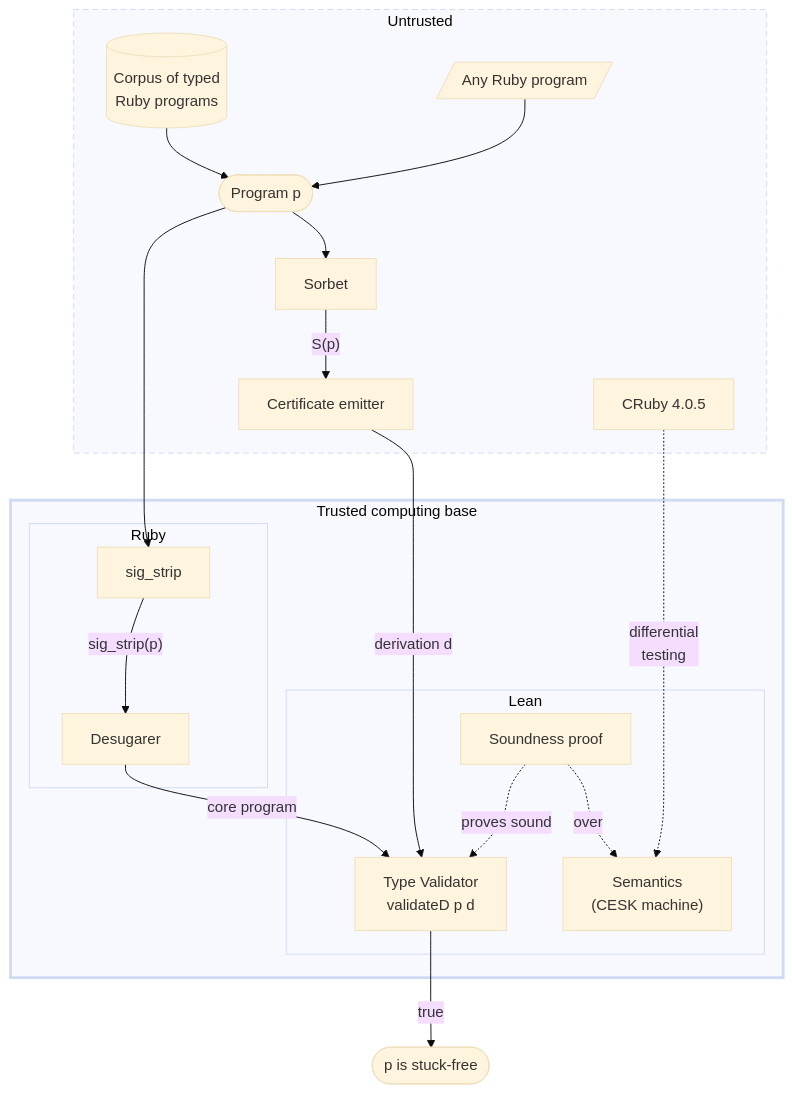
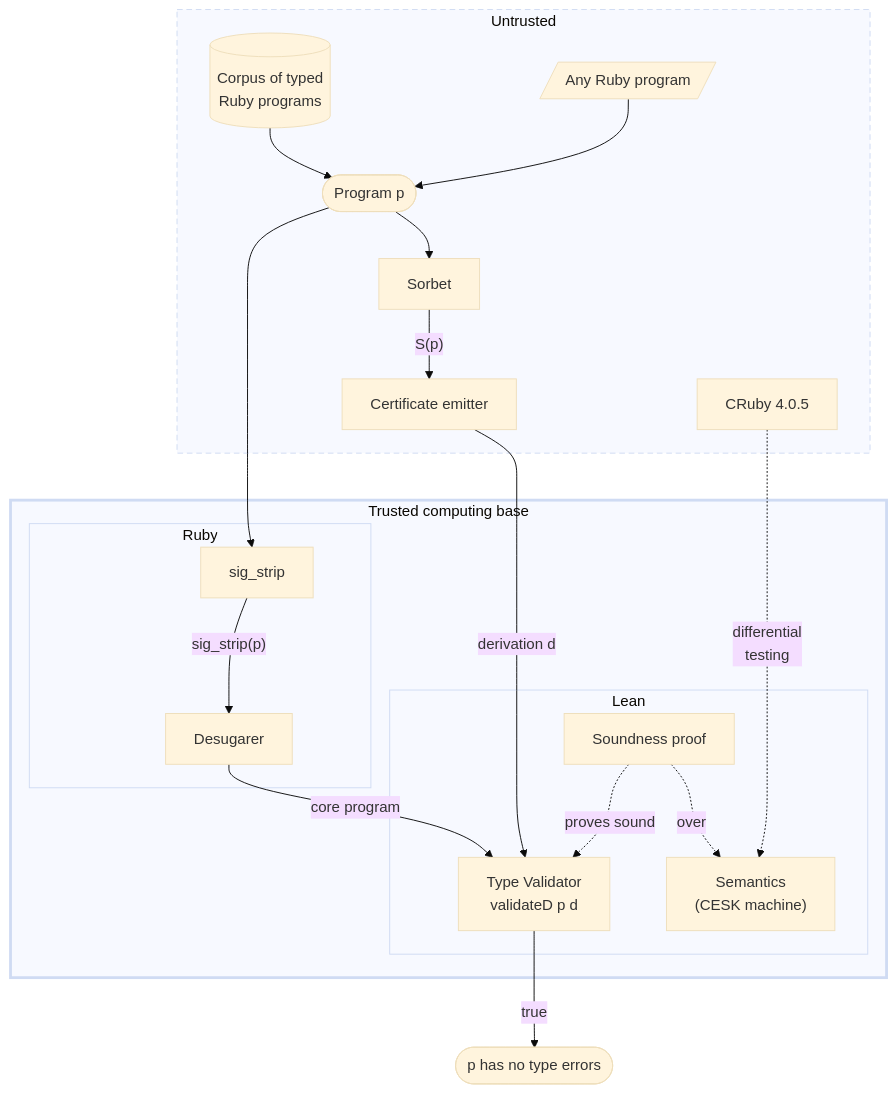
The diagram in posts/2026-09-20-ruby-lean.md (sam-xif/sam-xif.github.io), drawn with Mermaid (base theme) before and after one commit. The commit also changed other lines of this file and 2 other files, not shown here.

````diff
--- a/posts/2026-09-20-ruby-lean.md
+++ b/posts/2026-09-20-ruby-lean.md
@@ -136,41 +483,43 @@
 ```mermaid
 flowchart TB
     subgraph untrusted["Untrusted"]
         corpus[("Corpus of typed<br/>Ruby programs")]
         anyprog[/"Any Ruby program"/]
         prog(["Program p"])
         sorbet["Sorbet"]
         emitter["Certificate emitter"]
         cruby["CRuby 4.0.5"]
     end
 
     subgraph tcb["Trusted computing base"]
         subgraph tcbruby["Ruby"]
+            rubypad[" "]
             sigstrip["sig_strip"]
             desugarer["Desugarer"]
         end
         subgraph tcblean["Lean"]
             validator["Type Validator<br/>validateD p d"]
             proof["Soundness proof"]
             semantics["Semantics<br/>(CESK machine)"]
         end
     end
 
     corpus --> prog
     anyprog --> prog
     prog --> sigstrip
     sigstrip -->|"sig_strip(p)"| desugarer
     prog --> sorbet
     sorbet -->|"S(p)"| emitter
     desugarer -->|"core program"| validator
     emitter -->|"derivation d"| validator
     proof -.->|"proves sound"| validator
     proof -.->|"over"| semantics
     cruby -.->|"differential<br/>testing"| semantics
     emitter ~~~ sigstrip
     sigstrip ~~~ proof
-    validator -->|"true"| verdict(["p is stuck-free"])
+    validator -->|"true"| verdict(["p has no type errors"])
 
+    style rubypad fill:none,stroke:none
     style untrusted stroke-dasharray: 6 4
     style tcb stroke-width: 3px
 ```
````
